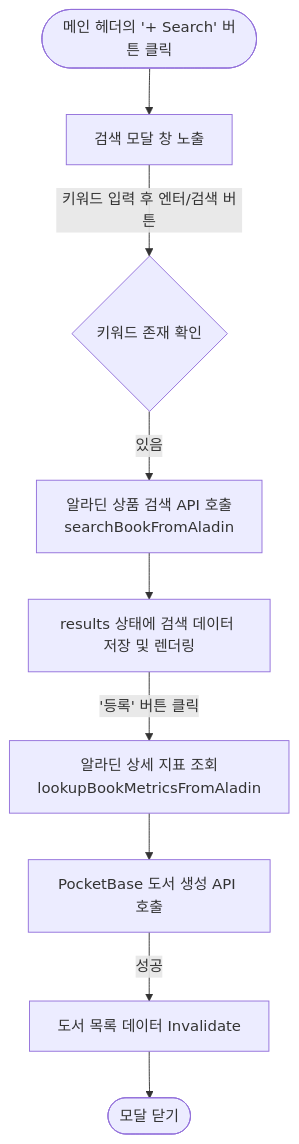
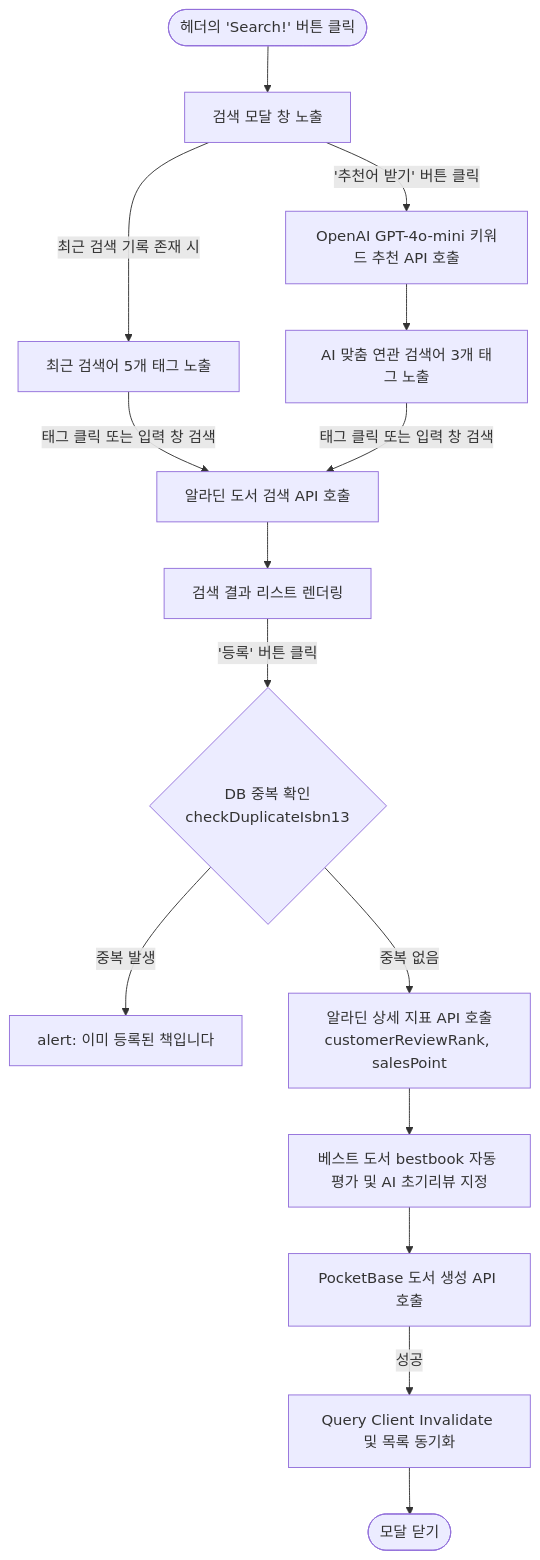
One commit to Jonghyeon-Bae/library-mini-project4 changed the second of 5 diagrams in docs/wireframe.md. Above: the diagram before and after it, drawn with Mermaid. The commit also changed other lines of this file and 5 other files, not shown here.

````diff
--- a/docs/wireframe.md
+++ b/docs/wireframe.md
@@ -55,13 +57,21 @@
 ```mermaid
 flowchart TD
-    START([메인 헤더의 '+ Search' 버튼 클릭]) --> RENDER[검색 모달 창 노출]
+    START([헤더의 'Search!' 버튼 클릭]) --> RENDER[검색 모달 창 노출]
     
-    RENDER -->|키워드 입력 후 엔터/검색 버튼| SEARCH_CHECK{키워드 존재 확인}
-    SEARCH_CHECK -->|있음| API_CALL[알라딘 상품 검색 API 호출<br/>searchBookFromAladin]
-    API_CALL --> SET_RESULTS[results 상태에 검색 데이터 저장 및 렌더링]
+    %% 최근 검색어 및 추천어
+    RENDER -->|최근 검색 기록 존재 시| SHOW_HISTORY[최근 검색어 5개 태그 노출]
+    RENDER -->|'추천어 받기' 버튼 클릭| API_RECOMMEND[OpenAI GPT-4o-mini 키워드 추천 API 호출]
+    API_RECOMMEND --> SHOW_RECOMMEND[AI 맞춤 연관 검색어 3개 태그 노출]
     
-    SET_RESULTS -->|'등록' 버튼 클릭| METRICS[알라딘 상세 지표 조회<br/>lookupBookMetricsFromAladin]
-    METRICS --> ADD_DB[PocketBase 도서 생성 API 호출]
-    ADD_DB -->|성공| INVALIDATE[도서 목록 데이터 Invalidate]
+    %% 검색 및 등록
+    SHOW_HISTORY & SHOW_RECOMMEND -->|태그 클릭 또는 입력 창 검색| API_SEARCH[알라딘 도서 검색 API 호출]
+    API_SEARCH --> SET_RESULTS[검색 결과 리스트 렌더링]
+    
+    SET_RESULTS -->|'등록' 버튼 클릭| CHECK_DUP{DB 중복 확인<br/>checkDuplicateIsbn13}
+    CHECK_DUP -->|중복 발생| ALERT[alert: 이미 등록된 책입니다]
+    CHECK_DUP -->|중복 없음| METRICS[알라딘 상세 지표 API 호출<br/>customerReviewRank, salesPoint]
+    METRICS --> PROCESS_RECOMMEND[베스트 도서 bestbook 자동 평가 및 AI 초기리뷰 지정]
+    PROCESS_RECOMMEND --> ADD_DB[PocketBase 도서 생성 API 호출]
+    ADD_DB -->|성공| INVALIDATE[Query Client Invalidate 및 목록 동기화]
     INVALIDATE --> CLOSE([모달 닫기])
 ```
````
